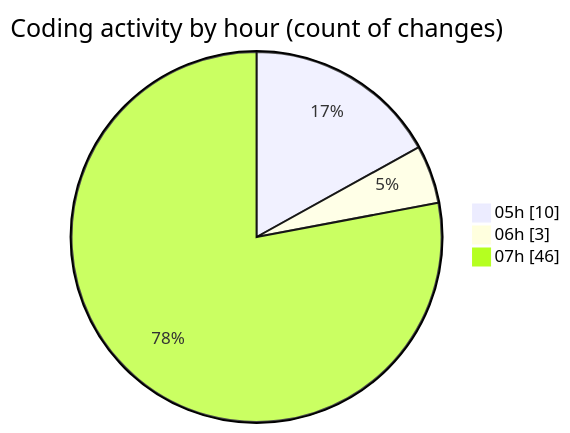
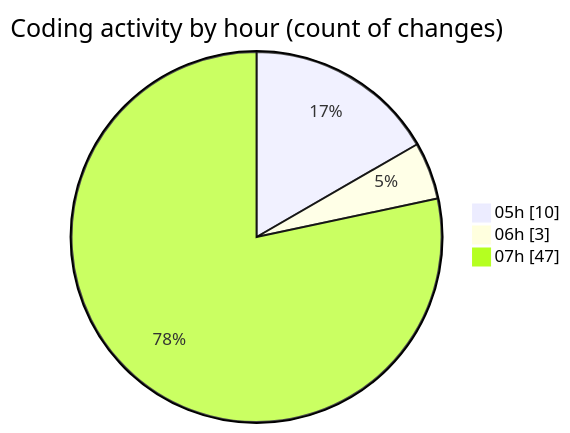
The second of 2 diagrams in 2025-09-06/shop/README.md (vahidmafi/code-tracking), drawn with Mermaid before and after one commit. The commit also changed other lines of this file and 1 other file, not shown here.

````diff
--- a/2025-09-06/shop/README.md
+++ b/2025-09-06/shop/README.md
@@ -40,7 +40,7 @@
 ```mermaid
 pie showData
 title Coding activity by hour (count of changes)
 "05h" : 10
 "06h" : 3
-"07h" : 46
+"07h" : 47
 ```
````
